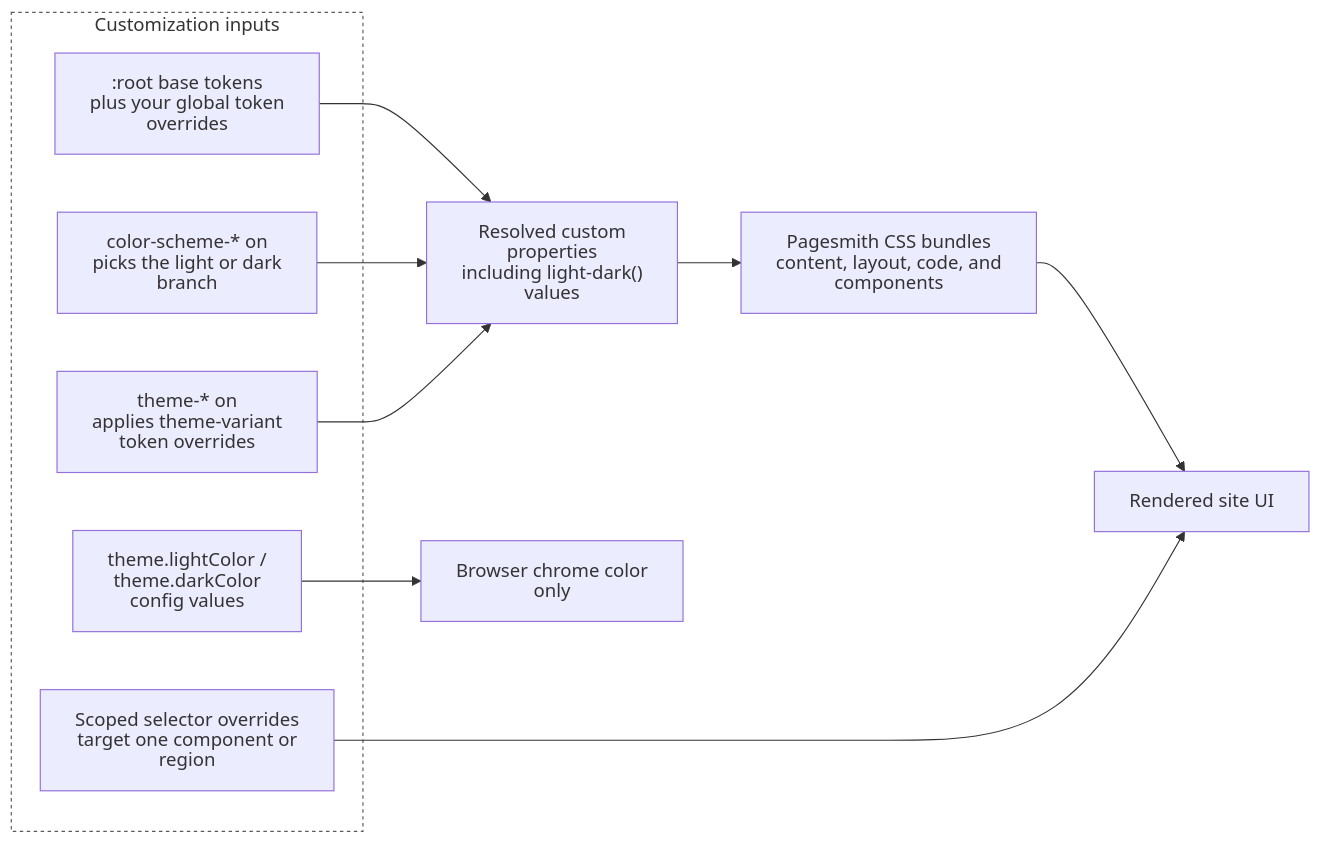
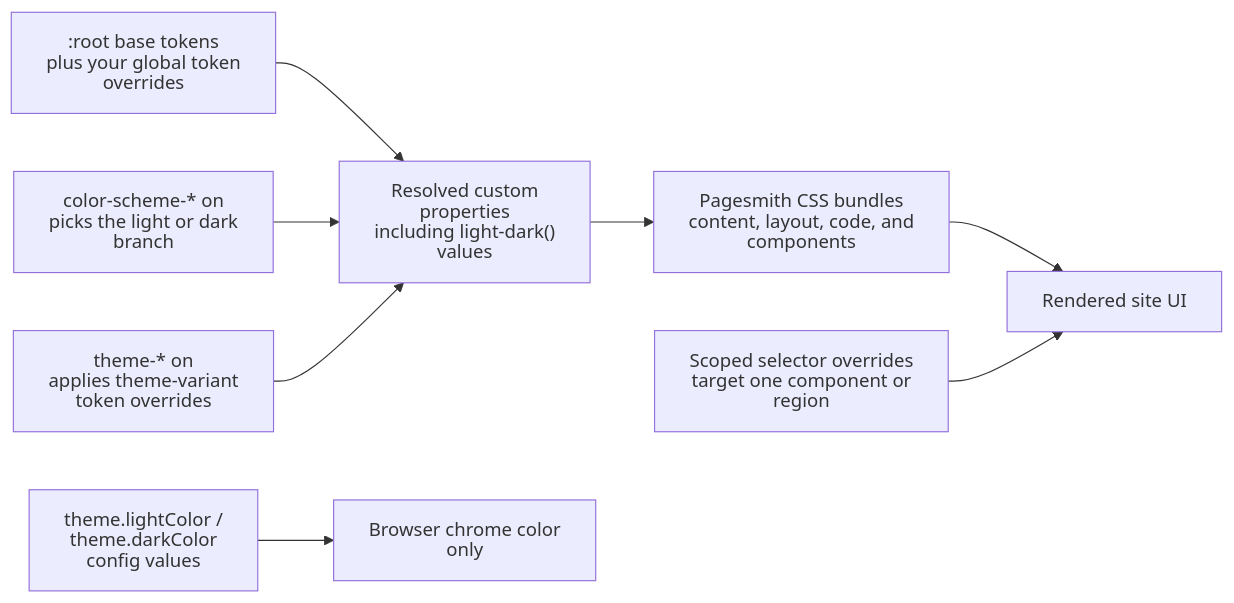
One commit to sujeet-pro/pagesmith changed the diagram in docs/content/reference/css-customization/diagrams/theme-customization-layers.mermaid. Above: the diagram before and after it, drawn with Mermaid. The commit also changed 129 other files, not shown here.

```diff
--- a/docs/content/reference/css-customization/diagrams/theme-customization-layers.mermaid
+++ b/docs/content/reference/css-customization/diagrams/theme-customization-layers.mermaid
@@ -1,27 +1,23 @@
 %% Diagram: Theme customization layers
 %% Type: flowchart
 %%{init: {'htmlLabels': false}}%%
 
 flowchart LR
-  subgraph Inputs["Customization inputs"]
-    Root[":root base tokens\nplus your global token overrides"]
-    Scheme["color-scheme-* on <html>\npicks the light or dark branch"]
-    Variant["theme-* on <html>\napplies theme-variant token overrides"]
-    Scoped["Scoped selector overrides\ntarget one component or region"]
-    Meta["theme.lightColor / theme.darkColor\nconfig values"]
-  end
+  Root[":root base tokens\nplus your global token overrides"]
+  Scheme["color-scheme-* on <html>\npicks the light or dark branch"]
+  Variant["theme-* on <html>\napplies theme-variant token overrides"]
+  Scoped["Scoped selector overrides\ntarget one component or region"]
+  Meta["theme.lightColor / theme.darkColor\nconfig values"]
 
   Tokens["Resolved custom properties\nincluding light-dark() values"]
   Css["Pagesmith CSS bundles\ncontent, layout, code, and components"]
   Ui["Rendered site UI"]
   Chrome["Browser chrome color only"]
 
   Root --> Tokens
   Scheme --> Tokens
   Variant --> Tokens
   Tokens --> Css
   Css --> Ui
   Scoped --> Ui
   Meta --> Chrome
-
-  style Inputs fill:none,stroke:#5A5A5A,stroke-dasharray:3 3
```
